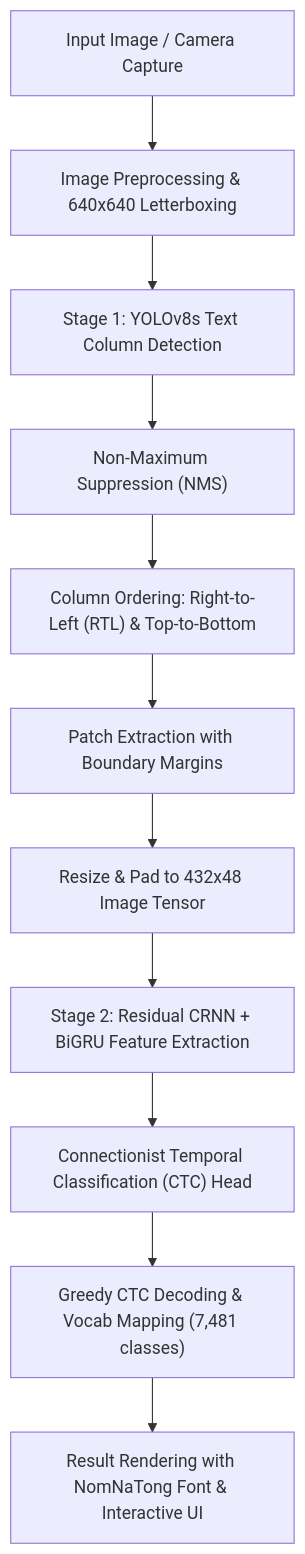
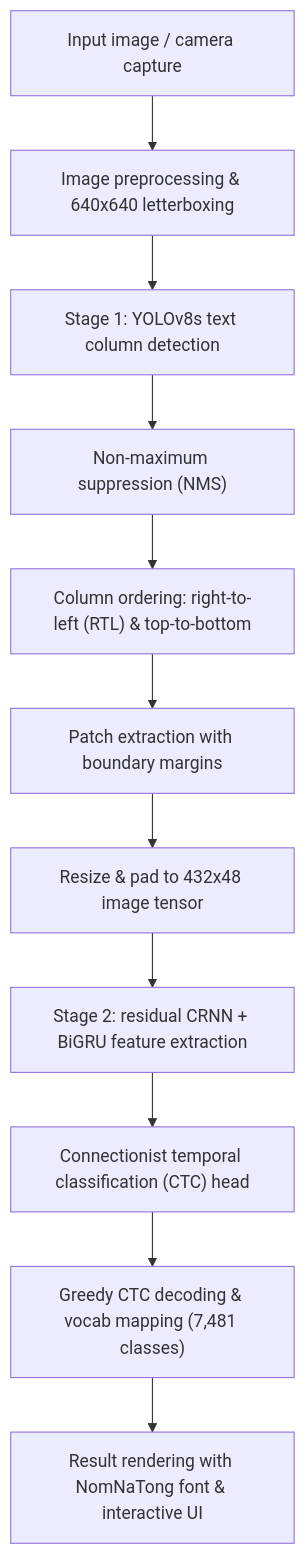
Before and after one commit to quannnguyen2009/NomLens: the diagram in README.md, drawn with Mermaid. The commit also changed other lines of this file, not shown here.

````diff
--- a/README.md
+++ b/README.md
@@ -58,13 +58,13 @@
 ```mermaid
 flowchart TD
-    A["Input Image / Camera Capture"] --> B["Image Preprocessing & 640x640 Letterboxing"]
-    B --> C["Stage 1: YOLOv8s Text Column Detection"]
-    C --> D["Non-Maximum Suppression (NMS)"]
-    D --> E["Column Ordering: Right-to-Left (RTL) & Top-to-Bottom"]
-    E --> F["Patch Extraction with Boundary Margins"]
-    F --> G["Resize & Pad to 432x48 Image Tensor"]
-    G --> H["Stage 2: Residual CRNN + BiGRU Feature Extraction"]
-    H --> I["Connectionist Temporal Classification (CTC) Head"]
-    I --> J["Greedy CTC Decoding & Vocab Mapping (7,481 classes)"]
-    J --> K["Result Rendering with NomNaTong Font & Interactive UI"]
+    A["Input image / camera capture"] --> B["Image preprocessing & 640x640 letterboxing"]
+    B --> C["Stage 1: YOLOv8s text column detection"]
+    C --> D["Non-maximum suppression (NMS)"]
+    D --> E["Column ordering: right-to-left (RTL) & top-to-bottom"]
+    E --> F["Patch extraction with boundary margins"]
+    F --> G["Resize & pad to 432x48 image tensor"]
+    G --> H["Stage 2: residual CRNN + BiGRU feature extraction"]
+    H --> I["Connectionist temporal classification (CTC) head"]
+    I --> J["Greedy CTC decoding & vocab mapping (7,481 classes)"]
+    J --> K["Result rendering with NomNaTong font & interactive UI"]
 ```
````
